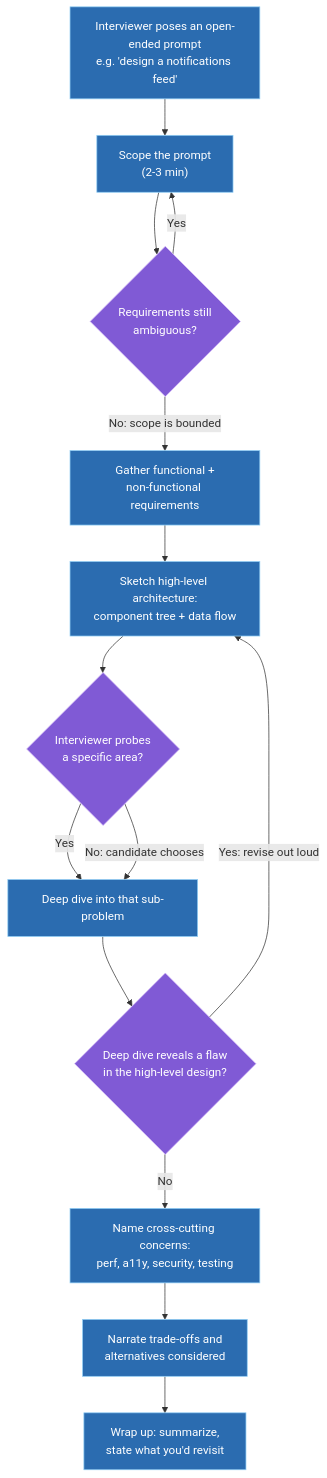
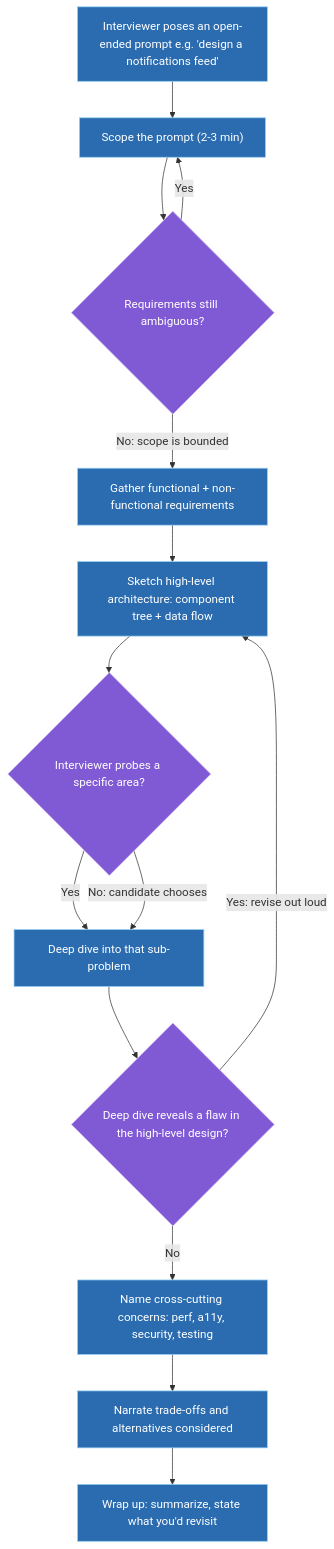
One commit to vinayakhumberi/litmus changed the first of 2 diagrams in data/topics/frontend-system-design-framework.md. Above: the diagram before and after it, drawn with Mermaid. The commit also changed 68 other files, not shown here.

````diff
--- a/data/topics/frontend-system-design-framework.md
+++ b/data/topics/frontend-system-design-framework.md
@@ -83,23 +83,23 @@
 ```mermaid
 graph TD
-    A["Interviewer poses an open-ended prompt<br>e.g. 'design a notifications feed'"] --> B["Scope the prompt<br>(2-3 min)"]
-    B --> C{"Requirements still<br>ambiguous?"}
+    A["Interviewer poses an open-ended prompt e.g. 'design a notifications feed'"] --> B["Scope the prompt (2-3 min)"]
+    B --> C{"Requirements still ambiguous?"}
     C -- "Yes" --> B
-    C -- "No: scope is bounded" --> D["Gather functional +<br>non-functional requirements"]
-    D --> E["Sketch high-level architecture:<br>component tree + data flow"]
-    E --> F{"Interviewer probes<br>a specific area?"}
+    C -- "No: scope is bounded" --> D["Gather functional + non-functional requirements"]
+    D --> E["Sketch high-level architecture: component tree + data flow"]
+    E --> F{"Interviewer probes a specific area?"}
     F -- "Yes" --> G["Deep dive into that sub-problem"]
     F -- "No: candidate chooses" --> G
-    G --> H{"Deep dive reveals a flaw<br>in the high-level design?"}
+    G --> H{"Deep dive reveals a flaw in the high-level design?"}
     H -- "Yes: revise out loud" --> E
-    H -- "No" --> I["Name cross-cutting concerns:<br>perf, a11y, security, testing"]
-    I --> J["Narrate trade-offs and<br>alternatives considered"]
-    J --> K["Wrap up: summarize,<br>state what you'd revisit"]
+    H -- "No" --> I["Name cross-cutting concerns: perf, a11y, security, testing"]
+    I --> J["Narrate trade-offs and alternatives considered"]
+    J --> K["Wrap up: summarize, state what you'd revisit"]
 
     classDef stage fill:#2b6cb0,stroke:#90cdf4,color:#fff
     classDef decision fill:#805ad5,stroke:#d6bcfa,color:#fff
     classDef revise fill:#dd6b20,stroke:#fbd38d,color:#fff
 
     class A,B,D,E,G,I,J,K stage
     class C,F,H decision
 ```
````
